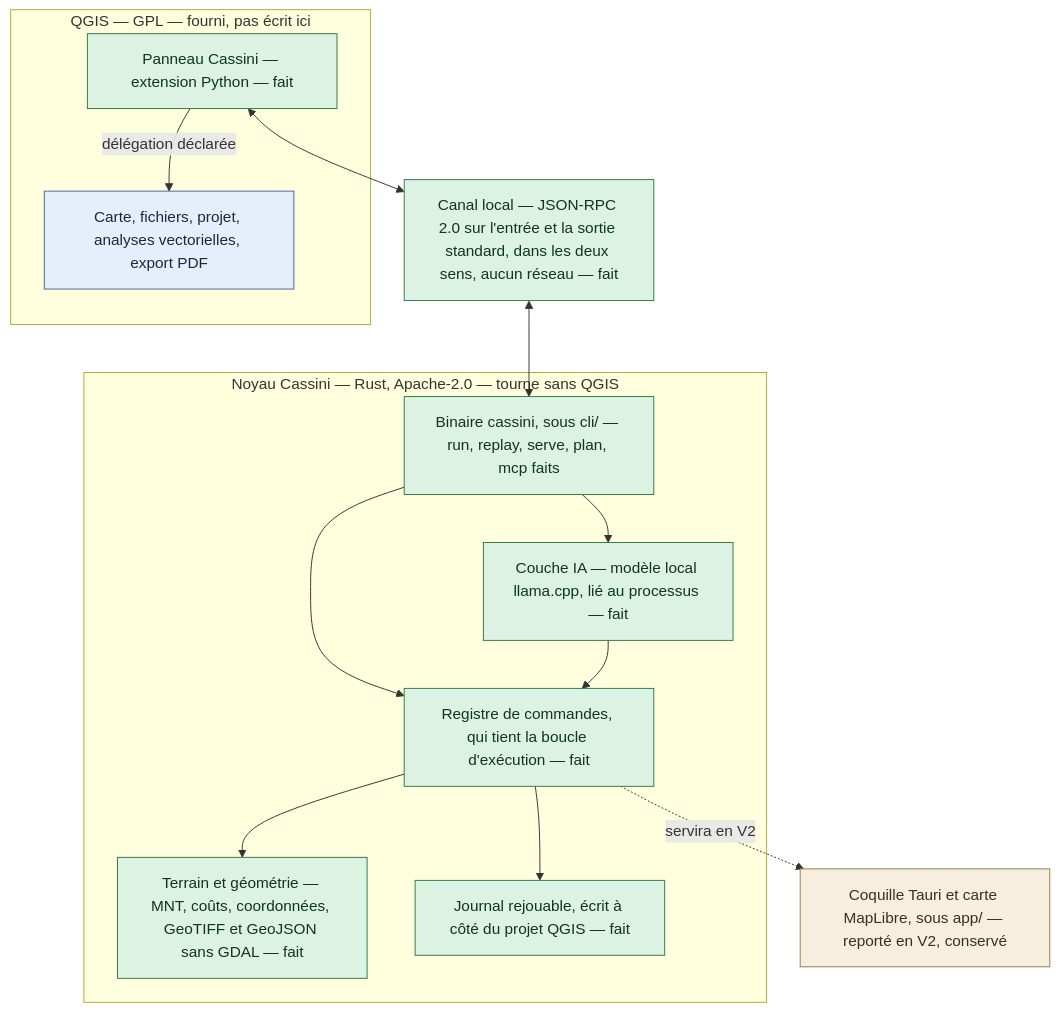
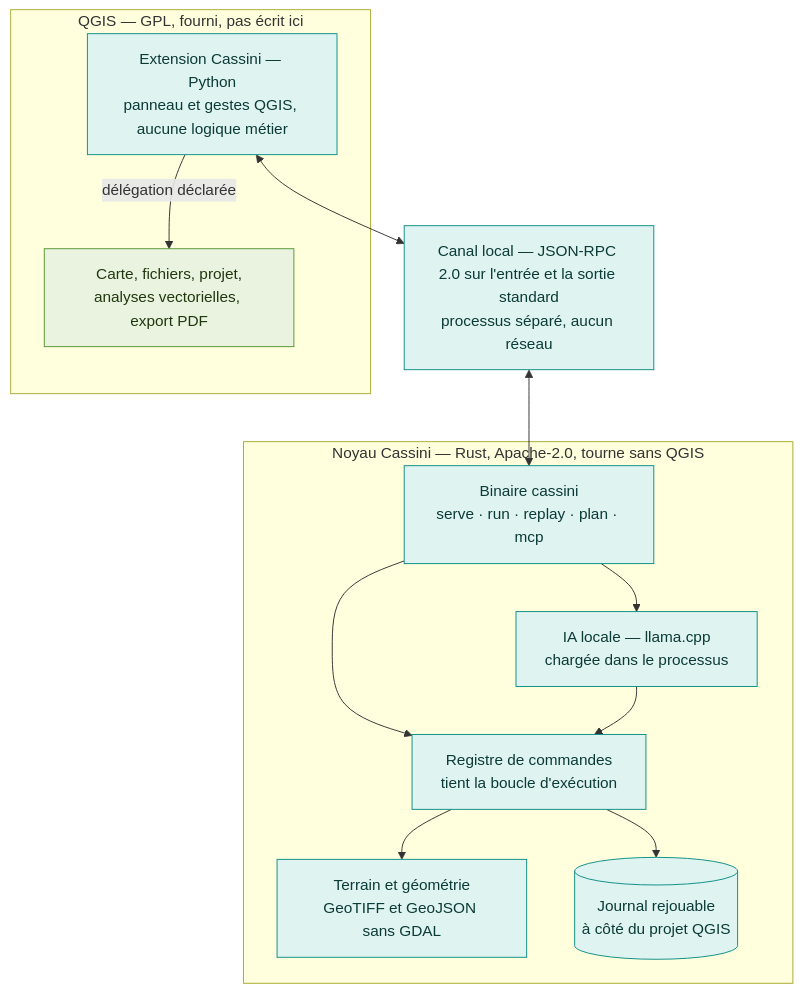
Before and after one commit to Kevzi/cassini-gis: the second of 3 diagrams in README.md, drawn with Mermaid. The commit also changed other lines of this file and 5 other files, not shown here.

First line of the commit message:
docs(readme): README vitrine — démo sur Annecy, captures du panneau, deux installeurs, catalogue à jour

````diff
--- a/README.md
+++ b/README.md
@@ -231,36 +364,31 @@
 ```mermaid
 flowchart TB
-    subgraph qgis["QGIS — GPL — fourni, pas écrit ici"]
-        panneau["Panneau Cassini — extension Python — fait"]
-        moteurQgis["Carte, fichiers, projet, analyses vectorielles, export PDF"]
+    subgraph qgis["QGIS — GPL, fourni, pas écrit ici"]
+        panneau["Extension Cassini — Python<br/>panneau et gestes QGIS, aucune logique métier"]
+        moteurQgis["Carte, fichiers, projet,<br/>analyses vectorielles, export PDF"]
     end
 
-    canal["Canal local — JSON-RPC 2.0 sur l'entrée et la sortie standard, dans les deux sens, aucun réseau — fait"]
+    canal["Canal local — JSON-RPC 2.0 sur l'entrée et la sortie standard<br/>processus séparé, aucun réseau"]
 
-    subgraph noyau["Noyau Cassini — Rust, Apache-2.0 — tourne sans QGIS"]
-        binaire["Binaire cassini, sous cli/ — run, replay, serve, plan, mcp faits"]
-        registre["Registre de commandes, qui tient la boucle d'exécution — fait"]
+    subgraph noyau["Noyau Cassini — Rust, Apache-2.0, tourne sans QGIS"]
+        binaire["Binaire cassini<br/>serve · run · replay · plan · mcp"]
+        registre["Registre de commandes<br/>tient la boucle d'exécution"]
+        ia["IA locale — llama.cpp<br/>chargée dans le processus"]
+        terrain["Terrain et géométrie<br/>GeoTIFF et GeoJSON sans GDAL"]
+        journal[("Journal rejouable<br/>à côté du projet QGIS")]
         binaire --> registre
-        terrain["Terrain et géométrie — MNT, coûts, coordonnées, GeoTIFF et GeoJSON sans GDAL — fait"]
-        journal["Journal rejouable, écrit à côté du projet QGIS — fait"]
-        ia["Couche IA — modèle local llama.cpp, lié au processus — fait"]
+        binaire --> ia
+        ia --> registre
         registre --> terrain
         registre --> journal
-        binaire --> ia
-        ia --> registre
     end
-
-    v2["Coquille Tauri et carte MapLibre, sous app/ — reporté en V2, conservé"]
 
     panneau <--> canal
     canal <--> binaire
     panneau -->|"délégation déclarée"| moteurQgis
-    registre -.->|"servira en V2"| v2
 
-    classDef fait fill:#dcf2e3,stroke:#2f7a46,color:#13331f
-    classDef fourni fill:#e7eefb,stroke:#45659c,color:#1a2740
-    classDef reporte fill:#f6eede,stroke:#9c7a45,color:#3d2f1a
-    class panneau,canal,binaire,registre,journal,ia,terrain fait
+    classDef cassini fill:#dff3f1,stroke:#0E8F86,color:#0b3b37
+    classDef fourni fill:#e9f3df,stroke:#589632,color:#20380f
+    class panneau,canal,binaire,registre,ia,terrain,journal cassini
     class moteurQgis fourni
-    class v2 reporte
 ```
````
